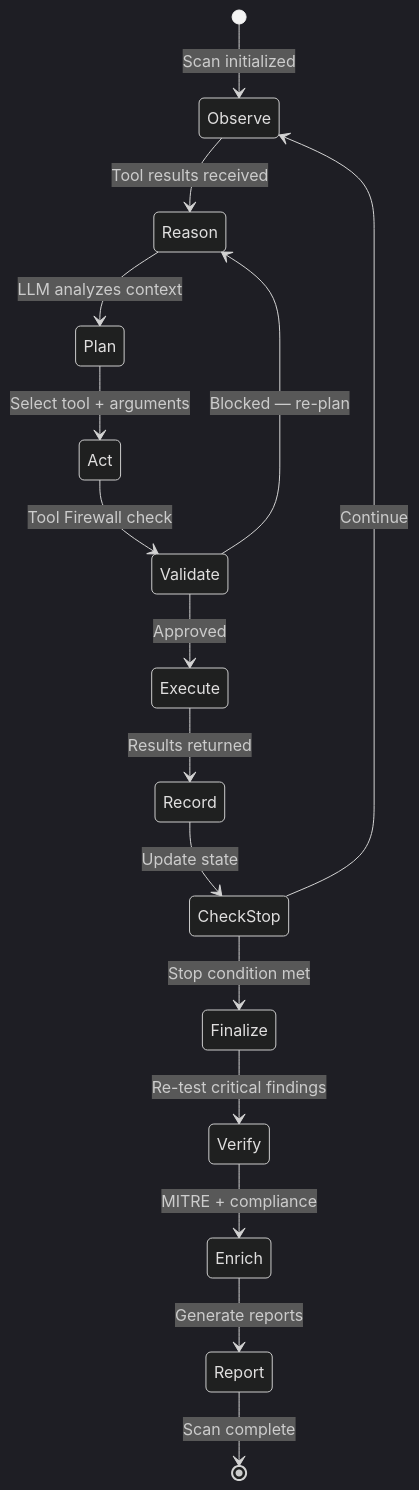
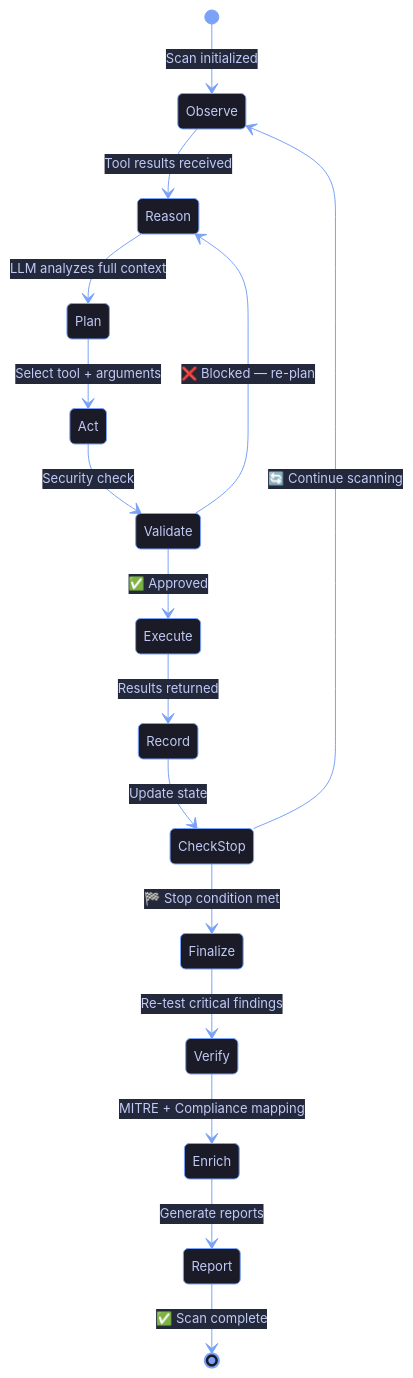
Before and after one commit to Usta0x001/Phantom: the third of 4 diagrams in README.md, drawn with Mermaid. The commit also changed other lines of this file and 3 other files, not shown here.

````diff
--- a/README.md
+++ b/README.md
@@ -187,23 +229,24 @@
 ```mermaid
-%%{init: {'theme': 'dark'}}%%
+%%{init: {'theme': 'base', 'themeVariables': {'primaryColor': '#1a1b27', 'primaryTextColor': '#c0caf5', 'primaryBorderColor': '#7aa2f7', 'lineColor': '#7aa2f7', 'secondaryColor': '#24283b', 'tertiaryColor': '#1a1b27', 'fontSize': '13px'}}}%%
 stateDiagram-v2
     [*] --> Observe: Scan initialized
+
     Observe --> Reason: Tool results received
-    Reason --> Plan: LLM analyzes context
+    Reason --> Plan: LLM analyzes full context
     Plan --> Act: Select tool + arguments
-    Act --> Validate: Tool Firewall check
+    Act --> Validate: Security check
 
-    Validate --> Execute: Approved
-    Validate --> Reason: Blocked — re-plan
+    Validate --> Execute: ✅ Approved
+    Validate --> Reason: ❌ Blocked — re-plan
 
     Execute --> Record: Results returned
     Record --> CheckStop: Update state
 
-    CheckStop --> Observe: Continue
-    CheckStop --> Finalize: Stop condition met
+    CheckStop --> Observe: 🔄 Continue scanning
+    CheckStop --> Finalize: 🏁 Stop condition met
 
     Finalize --> Verify: Re-test critical findings
-    Verify --> Enrich: MITRE + compliance
+    Verify --> Enrich: MITRE + Compliance mapping
     Enrich --> Report: Generate reports
-    Report --> [*]: Scan complete
+    Report --> [*]: ✅ Scan complete
 ```
````
